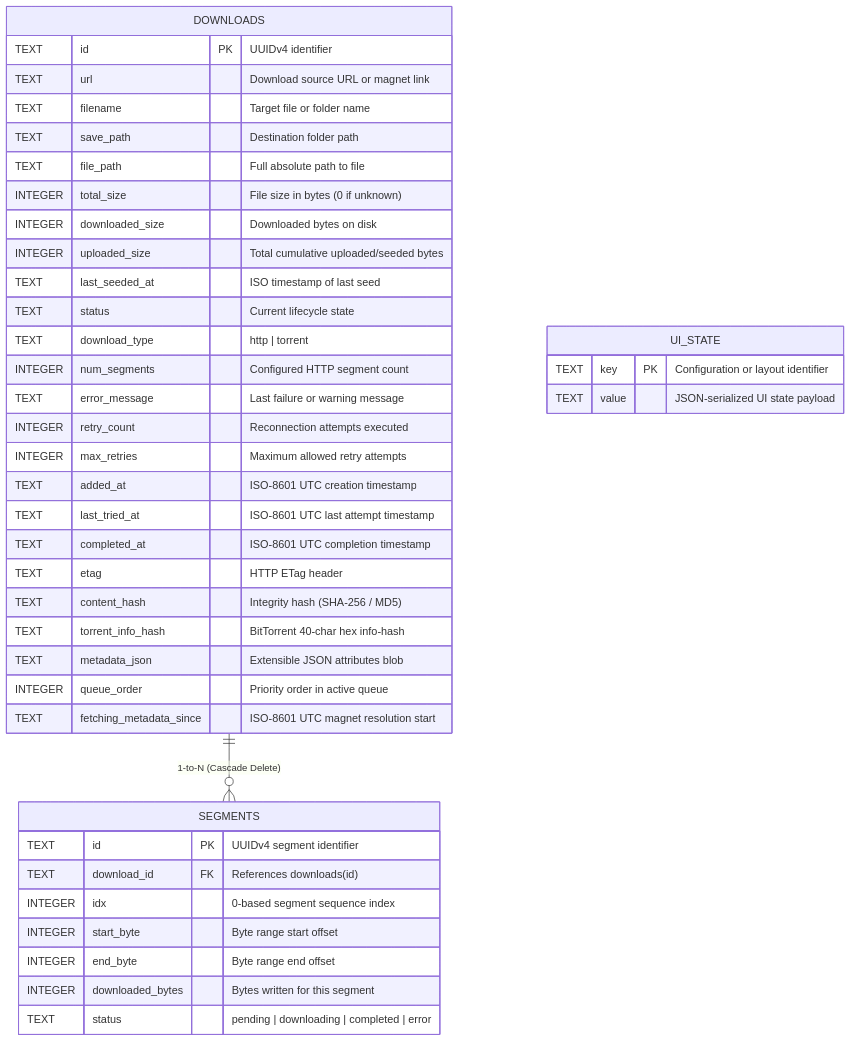
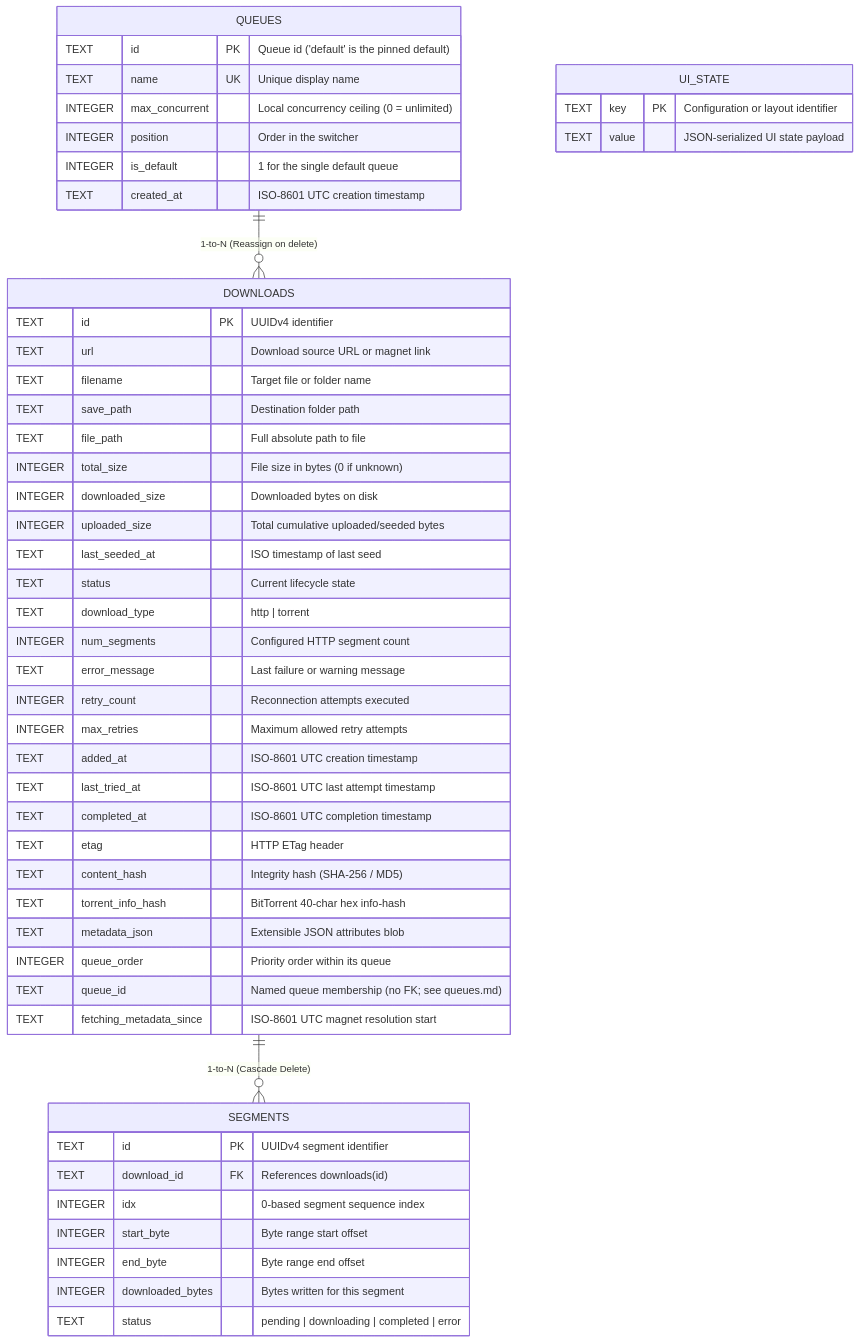
The diagram in docs/architecture/database.md (rakeshmalik91/my-idm), drawn with Mermaid before and after one commit. The commit also changed other lines of this file and 49 other files, not shown here.

Commit message:
feat: named-queue + clipboard URL capture + themes + fixes/enhancements/tests

````diff
--- a/docs/architecture/database.md
+++ b/docs/architecture/database.md
@@ -27,46 +27,57 @@
 ```mermaid
 erDiagram
     DOWNLOADS ||--o{ SEGMENTS : "1-to-N (Cascade Delete)"
-    
+    QUEUES ||--o{ DOWNLOADS : "1-to-N (Reassign on delete)"
+
+    QUEUES {
+        TEXT id PK "Queue id ('default' is the pinned default)"
+        TEXT name UK "Unique display name"
+        INTEGER max_concurrent "Local concurrency ceiling (0 = unlimited)"
+        INTEGER position "Order in the switcher"
+        INTEGER is_default "1 for the single default queue"
+        TEXT created_at "ISO-8601 UTC creation timestamp"
+    }
+
     DOWNLOADS {
         TEXT id PK "UUIDv4 identifier"
         TEXT url "Download source URL or magnet link"
         TEXT filename "Target file or folder name"
         TEXT save_path "Destination folder path"
         TEXT file_path "Full absolute path to file"
         INTEGER total_size "File size in bytes (0 if unknown)"
         INTEGER downloaded_size "Downloaded bytes on disk"
          INTEGER uploaded_size "Total cumulative uploaded/seeded bytes"
          TEXT last_seeded_at "ISO timestamp of last seed"
         TEXT status "Current lifecycle state"
         TEXT download_type "http | torrent"
         INTEGER num_segments "Configured HTTP segment count"
         TEXT error_message "Last failure or warning message"
         INTEGER retry_count "Reconnection attempts executed"
         INTEGER max_retries "Maximum allowed retry attempts"
         TEXT added_at "ISO-8601 UTC creation timestamp"
         TEXT last_tried_at "ISO-8601 UTC last attempt timestamp"
         TEXT completed_at "ISO-8601 UTC completion timestamp"
         TEXT etag "HTTP ETag header"
         TEXT content_hash "Integrity hash (SHA-256 / MD5)"
         TEXT torrent_info_hash "BitTorrent 40-char hex info-hash"
         TEXT metadata_json "Extensible JSON attributes blob"
-        INTEGER queue_order "Priority order in active queue"
+        INTEGER queue_order "Priority order within its queue"
+        TEXT queue_id "Named queue membership (no FK; see queues.md)"
         TEXT fetching_metadata_since "ISO-8601 UTC magnet resolution start"
     }
 
     SEGMENTS {
         TEXT id PK "UUIDv4 segment identifier"
         TEXT download_id FK "References downloads(id)"
         INTEGER idx "0-based segment sequence index"
         INTEGER start_byte "Byte range start offset"
         INTEGER end_byte "Byte range end offset"
         INTEGER downloaded_bytes "Bytes written for this segment"
         TEXT status "pending | downloading | completed | error"
     }
 
     UI_STATE {
         TEXT key PK "Configuration or layout identifier"
         TEXT value "JSON-serialized UI state payload"
     }
 ```
````
